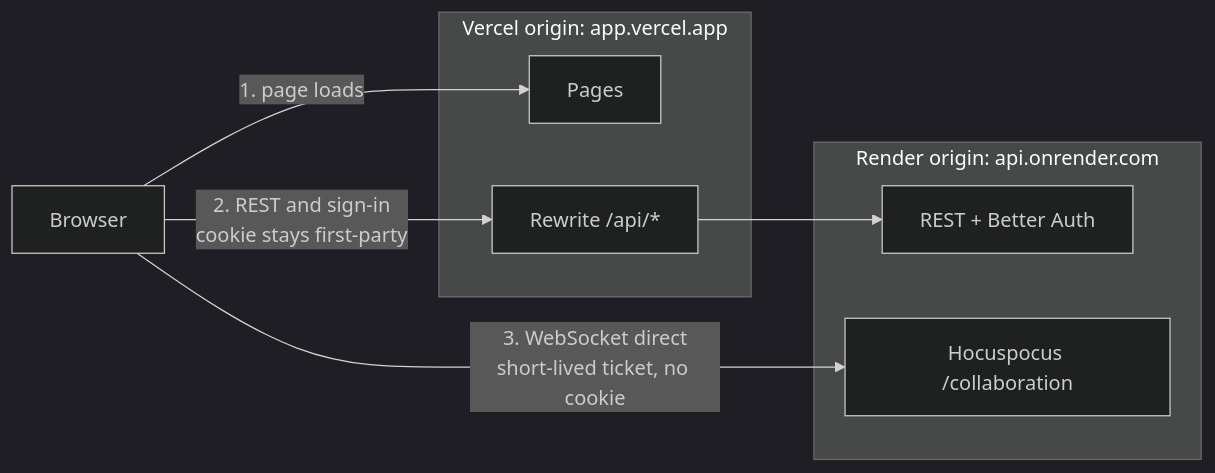
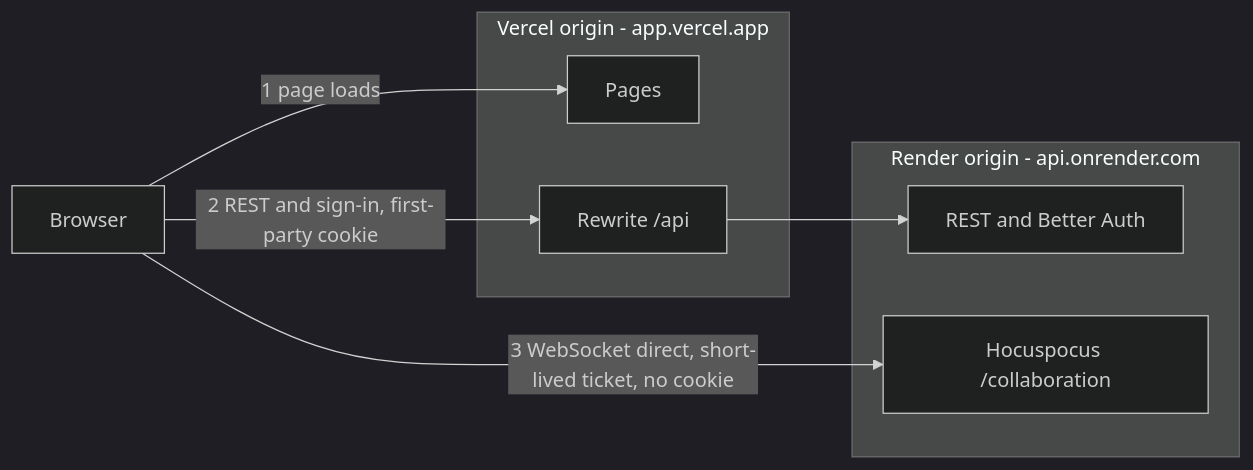
The third of 7 diagrams in docs/architecture-hld.md (syncspace-app/syncspace), drawn with Mermaid (dark theme) before and after one commit. The commit also changed other lines of this file and 2 other files, not shown here.

````diff
--- a/docs/architecture-hld.md
+++ b/docs/architecture-hld.md
@@ -147,16 +151,16 @@
 ```mermaid
 flowchart LR
-  B["Browser"]
-  subgraph V["Vercel origin: app.vercel.app"]
-    P["Pages"]
-    R["Rewrite /api/*"]
+  B[Browser]
+  subgraph V[Vercel origin - app.vercel.app]
+    PG[Pages]
+    RW[Rewrite /api]
   end
-  subgraph RN["Render origin: api.onrender.com"]
-    API["REST + Better Auth"]
-    WS["Hocuspocus /collaboration"]
+  subgraph R[Render origin - api.onrender.com]
+    API[REST and Better Auth]
+    WS[Hocuspocus /collaboration]
   end
-
-  B -->|"1. page loads"| P
-  B -->|"2. REST and sign-in<br/>cookie stays first-party"| R --> API
-  B -->|"3. WebSocket direct<br/>short-lived ticket, no cookie"| WS
+  B -->|1 page loads| PG
+  B -->|2 REST and sign-in, first-party cookie| RW
+  RW --> API
+  B -->|3 WebSocket direct, short-lived ticket, no cookie| WS
 ```
````
